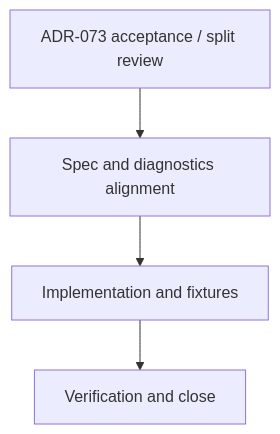
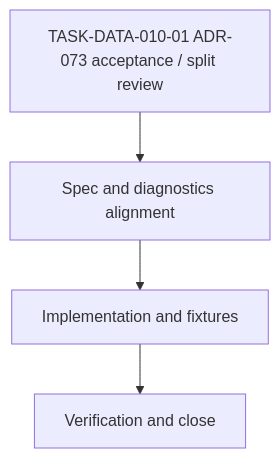
The diagram in docs/work-items/data/WORK-DATA-010-tagged-union-and-discriminator-payload-support.md (hiroshiasayadev-prog/brewprint), drawn with Mermaid before and after one commit. The commit also changed other lines of this file and 8 other files, not shown here.

````diff
--- a/docs/work-items/data/WORK-DATA-010-tagged-union-and-discriminator-payload-support.md
+++ b/docs/work-items/data/WORK-DATA-010-tagged-union-and-discriminator-payload-support.md
@@ -52,8 +57,8 @@
 ```mermaid
 flowchart TD
-  T1["ADR-073 acceptance / split review"]
+  T1["TASK-DATA-010-01 ADR-073 acceptance / split review"]
   T2["Spec and diagnostics alignment"]
   T3["Implementation and fixtures"]
   T4["Verification and close"]
   T1 --> T2 --> T3 --> T4
 ```
````
